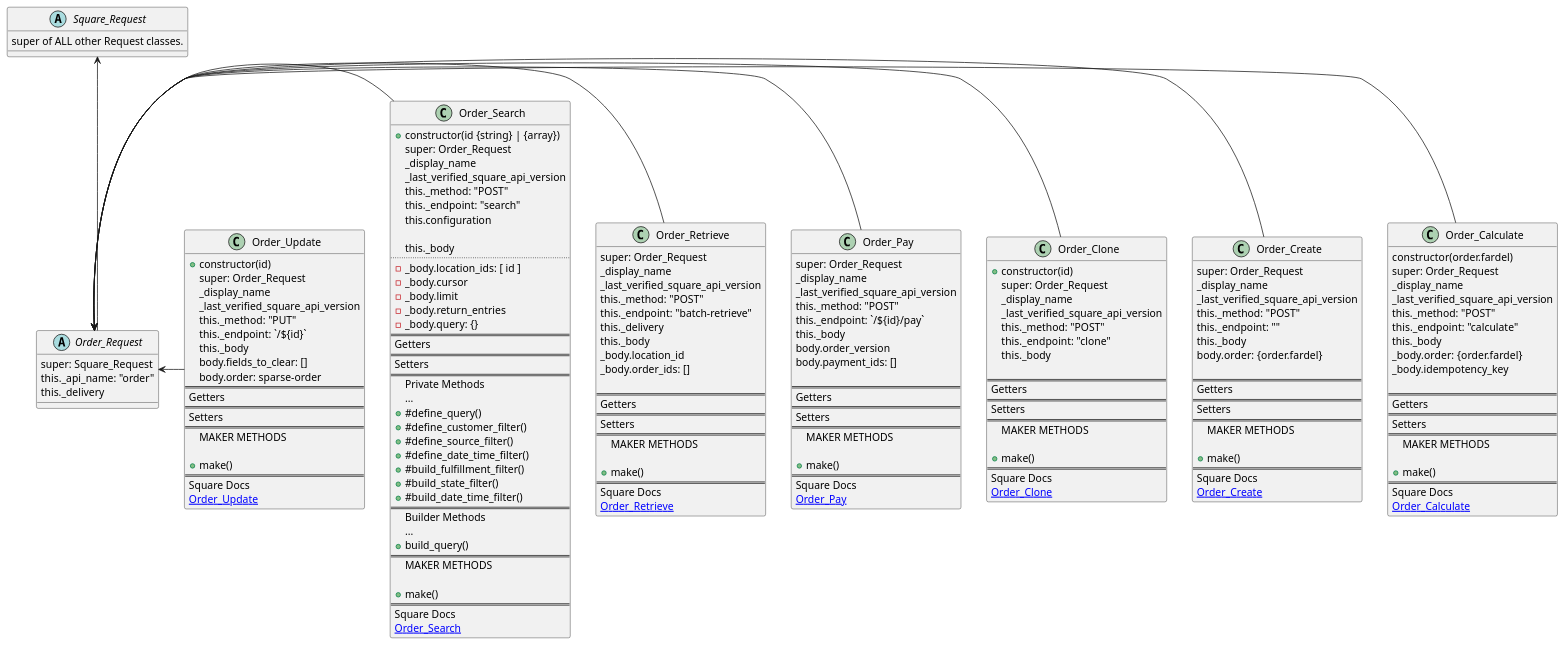
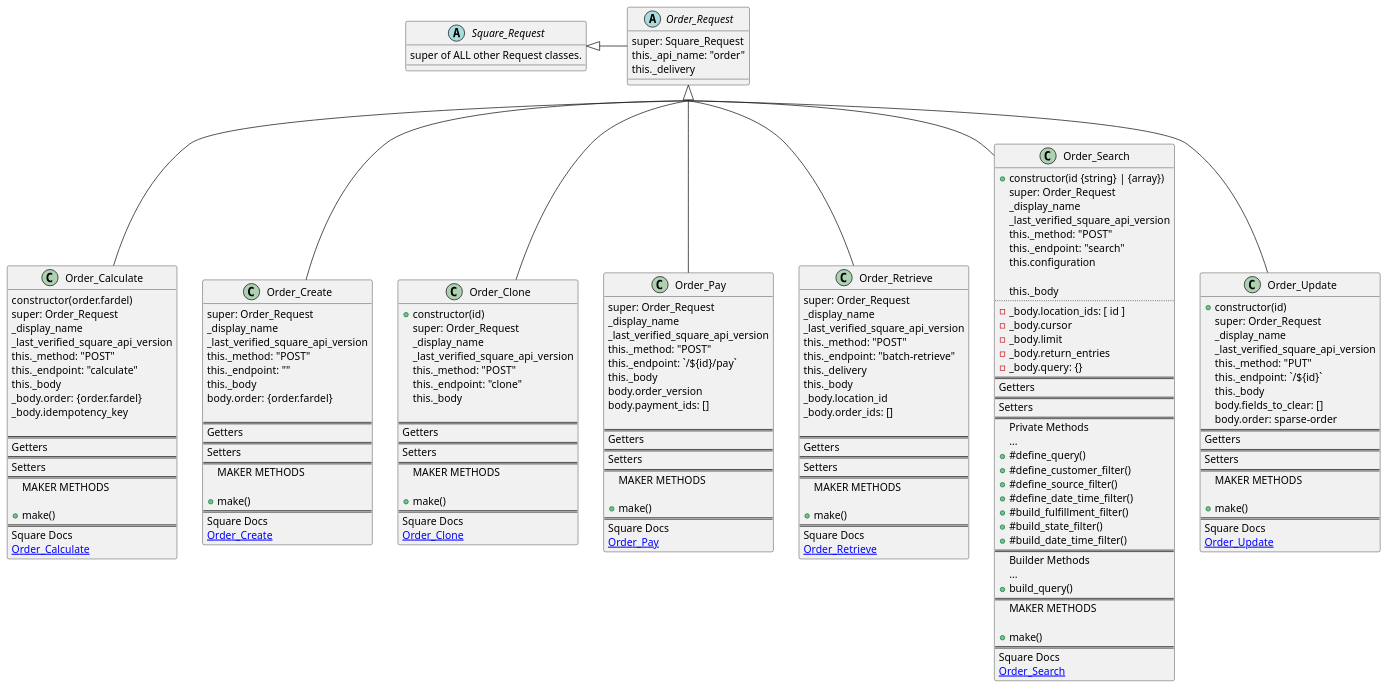
Before and after one commit to TwoFistedJustice/square-pie: the diagram in docs/uml/pie_order_requests.puml, drawn with PlantUML.

Commit message:
docs: format layout to multi level

```diff
--- a/docs/uml/pie_order_requests.puml
+++ b/docs/uml/pie_order_requests.puml
@@ -1,15 +1,17 @@
 @startuml
 'https://plantuml.com/class-diagram
+skinparam groupInheritance 2
 
-
-Square_Request <-- Order_Request
-Order_Request <- Order_Calculate
-Order_Request <- Order_Create
-Order_Request <- Order_Clone
-Order_Request <- Order_Pay
-Order_Request <- Order_Retrieve
-Order_Request <- Order_Search
-Order_Request <- Order_Update
+' arrows with one dash display horizontally
+' arrows with two dashes display vertically
+Square_Request <|- Order_Request
+Order_Request <|-- Order_Calculate
+Order_Request <|-- Order_Create
+Order_Request <|-- Order_Clone
+Order_Request <|-- Order_Pay
+Order_Request <|-- Order_Retrieve
+Order_Request <|-- Order_Search
+Order_Request <|-- Order_Update
 
 
 abstract class Square_Request{
```
